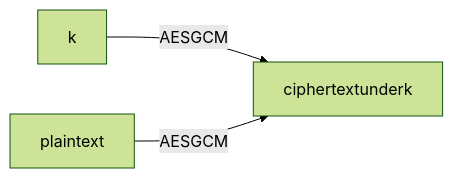
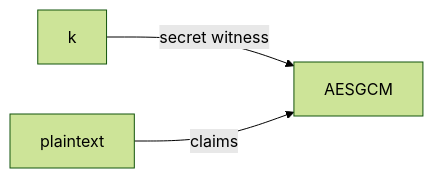
One commit to rfielding/whiskeyTango changed the second of 2 diagrams in README.md. Above: the diagram before and after it, drawn with Mermaid (forest theme).

Commit message:
update diagram

````diff
--- a/README.md
+++ b/README.md
@@ -94,5 +94,5 @@
 ```mermaid
 flowchart LR
-  k-- AESGCM -->ciphertextunderk
-  plaintext-- AESGCM -->ciphertextunderk
+  k-- secret witness -->AESGCM
+  plaintext-- claims -->AESGCM
 ```
````
